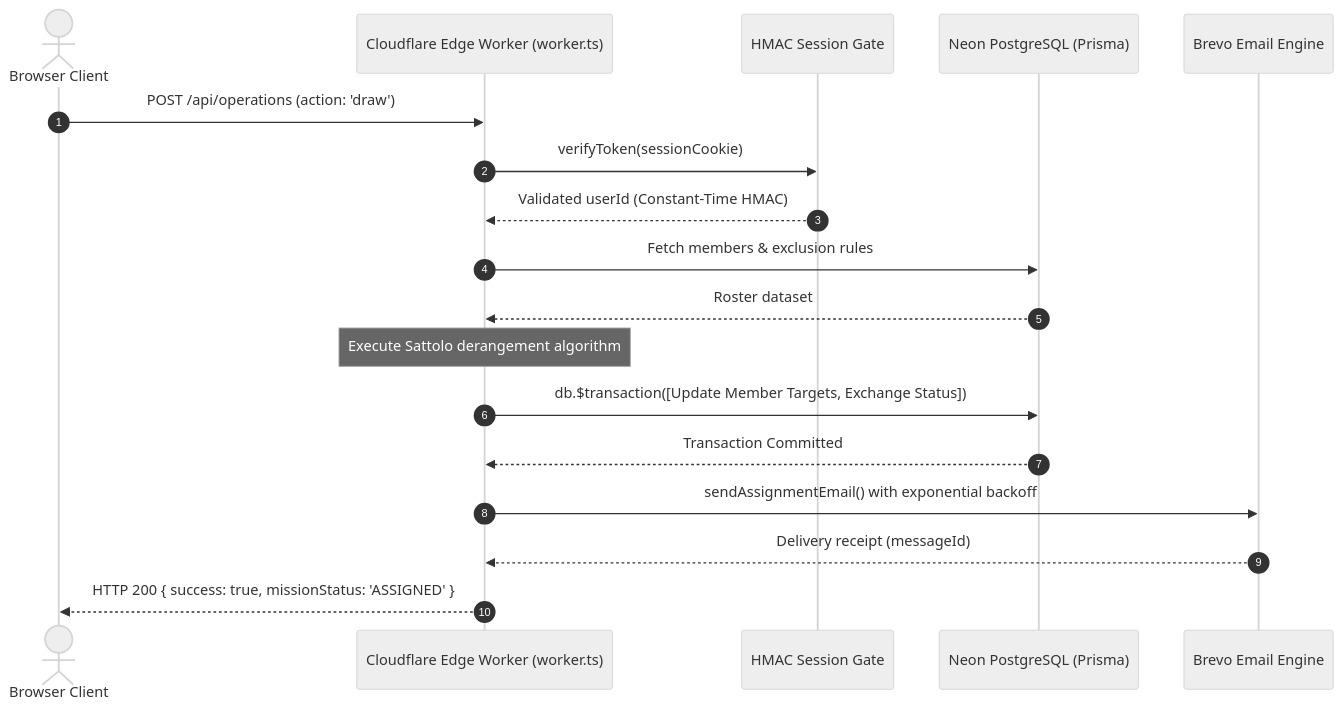
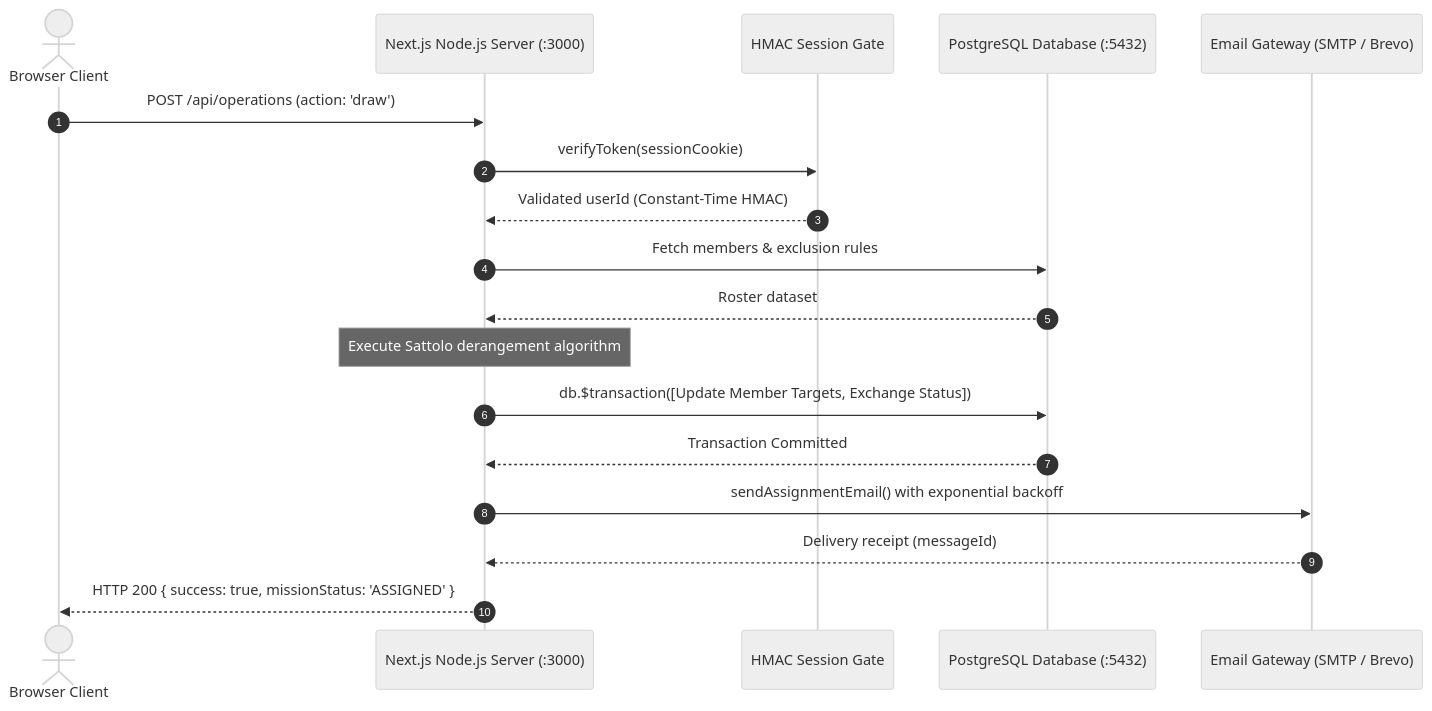
One commit to MrJSimpson/KovertKlaus changed the second of 3 diagrams in docs/ARCHITECTURE.md. Above: the diagram before and after it, drawn with Mermaid (neutral theme). The commit also changed other lines of this file and 6 other files, not shown here.

````diff
--- a/docs/ARCHITECTURE.md
+++ b/docs/ARCHITECTURE.md
@@ -63,21 +58,21 @@
 ```mermaid
 sequenceDiagram
     autonumber
     actor Operative as Browser Client
-    participant Edge as Cloudflare Edge Worker (worker.ts)
+    participant App as Next.js Node.js Server (:3000)
     participant Auth as HMAC Session Gate
-    participant DB as Neon PostgreSQL (Prisma)
-    participant Email as Brevo Email Engine
+    participant DB as PostgreSQL Database (:5432)
+    participant Email as Email Gateway (SMTP / Brevo)
 
-    Operative->>Edge: POST /api/operations (action: 'draw')
-    Edge->>Auth: verifyToken(sessionCookie)
-    Auth-->>Edge: Validated userId (Constant-Time HMAC)
-    Edge->>DB: Fetch members & exclusion rules
-    DB-->>Edge: Roster dataset
-    Note over Edge: Execute Sattolo derangement algorithm
-    Edge->>DB: db.$transaction([Update Member Targets, Exchange Status])
-    DB-->>Edge: Transaction Committed
-    Edge->>Email: sendAssignmentEmail() with exponential backoff
-    Email-->>Edge: Delivery receipt (messageId)
-    Edge-->>Operative: HTTP 200 { success: true, missionStatus: 'ASSIGNED' }
+    Operative->>App: POST /api/operations (action: 'draw')
+    App->>Auth: verifyToken(sessionCookie)
+    Auth-->>App: Validated userId (Constant-Time HMAC)
+    App->>DB: Fetch members & exclusion rules
+    DB-->>App: Roster dataset
+    Note over App: Execute Sattolo derangement algorithm
+    App->>DB: db.$transaction([Update Member Targets, Exchange Status])
+    DB-->>App: Transaction Committed
+    App->>Email: sendAssignmentEmail() with exponential backoff
+    Email-->>App: Delivery receipt (messageId)
+    App-->>Operative: HTTP 200 { success: true, missionStatus: 'ASSIGNED' }
 ```
````
